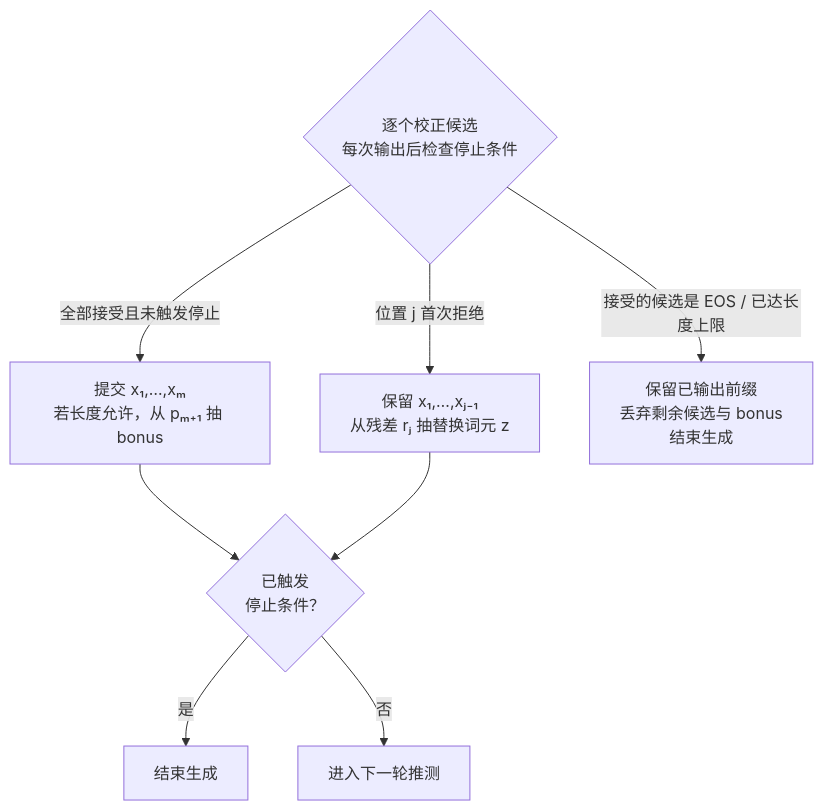
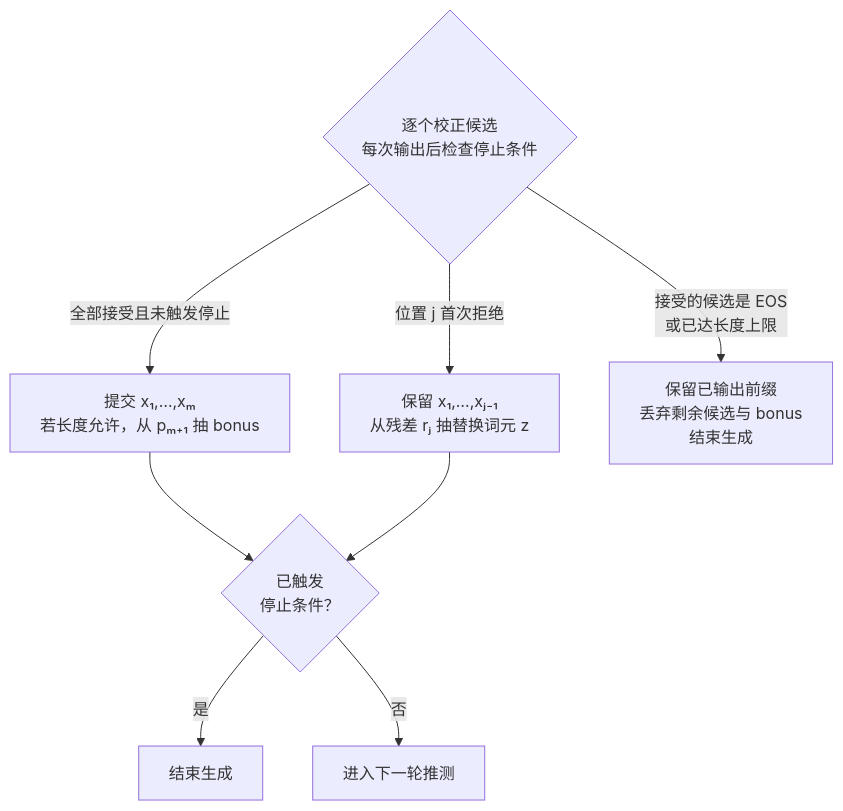
The first of 2 diagrams in ai-engineering/model/speculative-decoding.md (Negronii/MyNotes), drawn with Mermaid before and after one commit. The commit also changed other lines of this file and 220 other files, not shown here.

First line of the commit message:
Replace prose-heavy explanations with figures and fix existing diagrams

````diff
--- a/ai-engineering/model/speculative-decoding.md
+++ b/ai-engineering/model/speculative-decoding.md
@@ -77,11 +77,12 @@
 ```mermaid
+%%{init: {"flowchart": {"wrappingWidth": 320}}}%%
 flowchart TD
     A{"逐个校正候选<br/>每次输出后检查停止条件"}
     A -->|全部接受且未触发停止| B["提交 x₁,…,xₘ<br/>若长度允许，从 pₘ₊₁ 抽 bonus"]
     A -->|位置 j 首次拒绝| R["保留 x₁,…,xⱼ₋₁<br/>从残差 rⱼ 抽替换词元 z"]
-    A -->|接受的候选是 EOS / 已达长度上限| E["保留已输出前缀<br/>丢弃剩余候选与 bonus<br/>结束生成"]
+    A -->|接受的候选是 EOS<br/>或已达长度上限| E["保留已输出前缀<br/>丢弃剩余候选与 bonus<br/>结束生成"]
     B --> S{"已触发<br/>停止条件？"}
     R --> S
     S -->|是| T["结束生成"]
     S -->|否| N["进入下一轮推测"]
 ```
````
